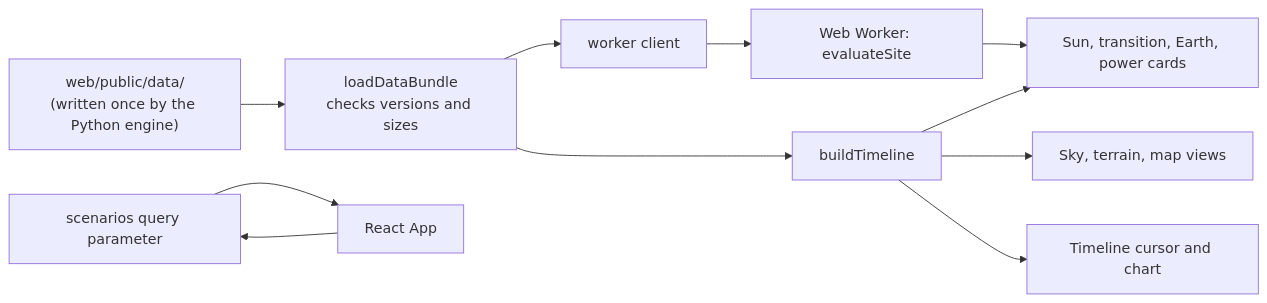
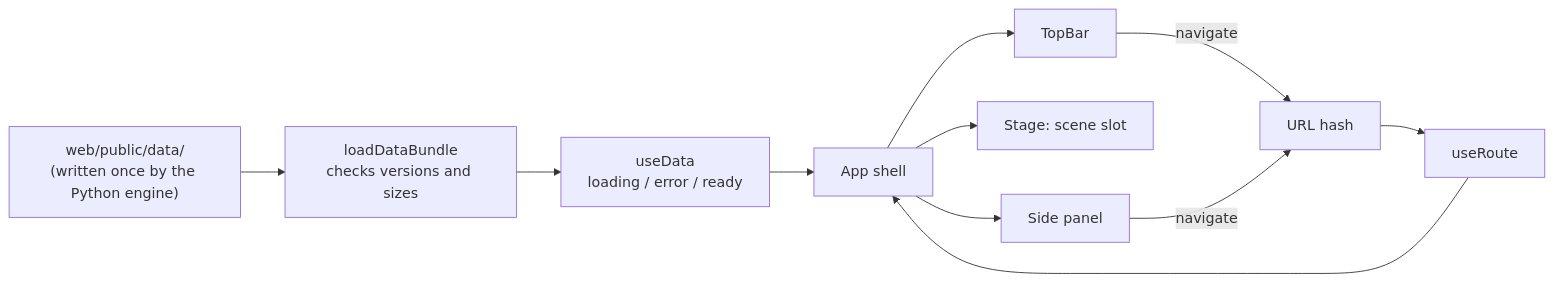
Before and after one commit to Yacin1102/Lunar-Landing-Site-Navigator: the first of 3 diagrams in docs/WEB_ARCHITECTURE.md, drawn with Mermaid. The commit also changed other lines of this file and 41 other files, not shown here.

First line of the commit message:
Rebuild the web UI, part 1: remove the old interface, add the shell

````diff
--- a/docs/WEB_ARCHITECTURE.md
+++ b/docs/WEB_ARCHITECTURE.md
@@ -22,13 +28,13 @@
 ```mermaid
 flowchart LR
   Files["web/public/data/<br/>(written once by the Python engine)"] --> Loader[loadDataBundle<br/>checks versions and sizes]
-  Loader --> Model[buildTimeline]
-  Loader --> Client[worker client]
-  Client --> Worker[Web Worker: evaluateSite]
-  Worker --> Cards[Sun, transition, Earth, power cards]
-  Model --> Cards
-  Model --> Views[Sky, terrain, map views]
-  Model --> Timeline[Timeline cursor and chart]
-  URL[scenarios query parameter] --> App[React App]
-  App --> URL
+  Loader --> Data[useData<br/>loading / error / ready]
+  Hash[URL hash] --> Route[useRoute]
+  Route --> App
+  Data --> App[App shell]
+  App --> TopBar
+  App --> Stage[Stage: scene slot]
+  App --> Panel[Side panel]
+  TopBar -- navigate --> Hash
+  Panel -- navigate --> Hash
 ```
````
